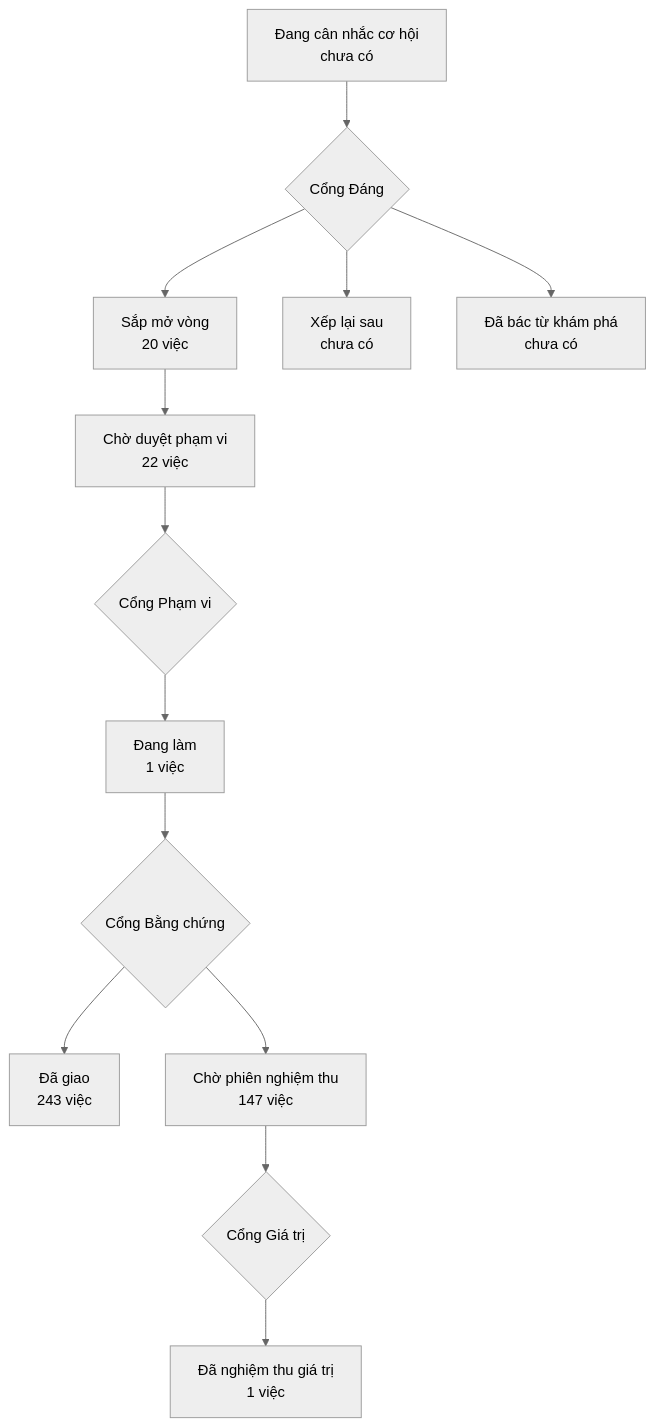
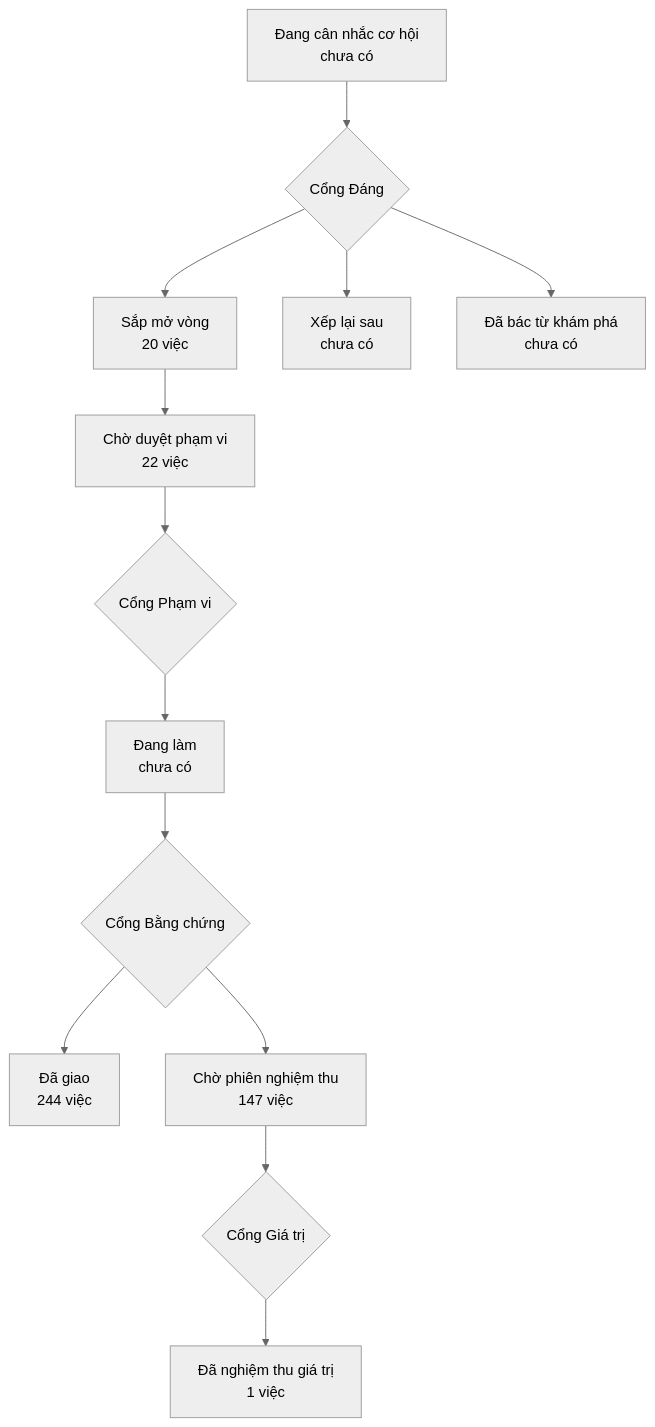
The diagram in PRODUCT-MAP.md (phanlemanh/onehub-invest), drawn with Mermaid (neutral theme) before and after one commit. The commit also changed other lines of this file and 3 other files, not shown here.

````diff
--- a/PRODUCT-MAP.md
+++ b/PRODUCT-MAP.md
@@ -7,12 +7,12 @@
 ```mermaid
 flowchart TD
   A["Đang cân nhắc cơ hội<br/>chưa có"] --> GD{"Cổng Đáng"}
   GD --> B["Sắp mở vòng<br/>20 việc"]
   GD --> XL["Xếp lại sau<br/>chưa có"]
   GD --> DB["Đã bác từ khám phá<br/>chưa có"]
   B --> CD["Chờ duyệt phạm vi<br/>22 việc"] --> GP{"Cổng Phạm vi"}
-  GP --> DL["Đang làm<br/>1 việc"] --> GB{"Cổng Bằng chứng"}
-  GB --> DG["Đã giao<br/>243 việc"]
+  GP --> DL["Đang làm<br/>chưa có"] --> GB{"Cổng Bằng chứng"}
+  GB --> DG["Đã giao<br/>244 việc"]
   GB --> CN["Chờ phiên nghiệm thu<br/>147 việc"] --> GG{"Cổng Giá trị"}
   GG --> NT["Đã nghiệm thu giá trị<br/>1 việc"]
 ```
````
